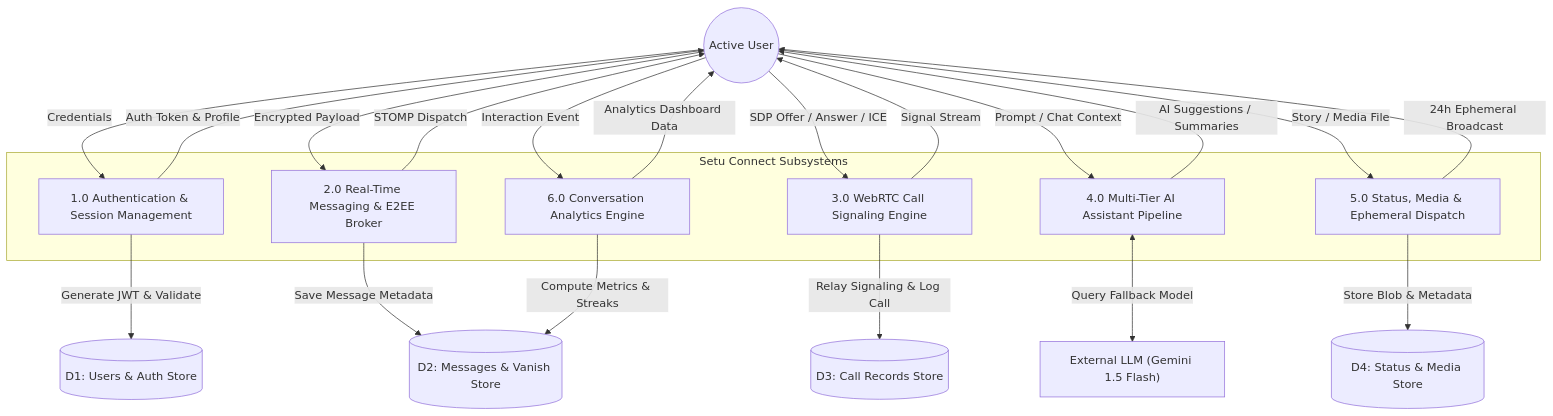
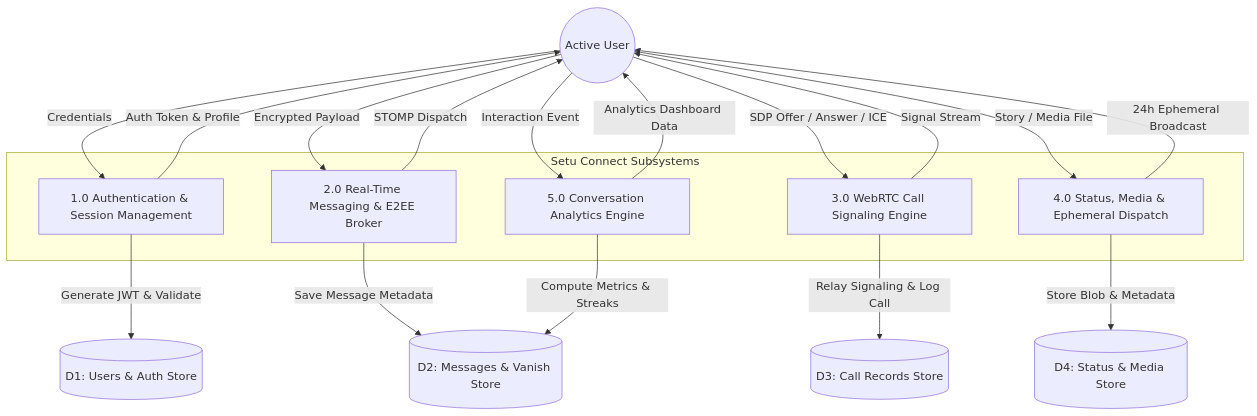
One commit to neeteshdixit/Internship-project changed the third of 8 diagrams in realtime-chat-app/system_design_and_model_submission.md. Above: the diagram before and after it, drawn with Mermaid. The commit also changed other lines of this file and 8 other files, not shown here.

````diff
--- a/realtime-chat-app/system_design_and_model_submission.md
+++ b/realtime-chat-app/system_design_and_model_submission.md
@@ -140,43 +124,37 @@
 ```mermaid
 flowchart TD
     User((Active User))
 
     subgraph DFD_Level1 ["Setu Connect Subsystems"]
         P1["1.0 Authentication & Session Management"]
         P2["2.0 Real-Time Messaging & E2EE Broker"]
         P3["3.0 WebRTC Call Signaling Engine"]
-        P4["4.0 Multi-Tier AI Assistant Pipeline"]
-        P5["5.0 Status, Media & Ephemeral Dispatch"]
-        P6["6.0 Conversation Analytics Engine"]
+        P4["4.0 Status, Media & Ephemeral Dispatch"]
+        P5["5.0 Conversation Analytics Engine"]
     end
 
     D1[("D1: Users & Auth Store")]
     D2[("D2: Messages & Vanish Store")]
     D3[("D3: Call Records Store")]
     D4[("D4: Status & Media Store")]
-    ExternalAI["External LLM (Gemini 1.5 Flash)"]
 
     User -->|Credentials| P1
     P1 -->|Generate JWT & Validate| D1
     P1 -->|Auth Token & Profile| User
 
     User -->|Encrypted Payload| P2
     P2 -->|Save Message Metadata| D2
     P2 -->|STOMP Dispatch| User
 
     User -->|SDP Offer / Answer / ICE| P3
     P3 -->|Relay Signaling & Log Call| D3
     P3 -->|Signal Stream| User
 
-    User -->|Prompt / Chat Context| P4
-    P4 <-->|Query Fallback Model| ExternalAI
-    P4 -->|AI Suggestions / Summaries| User
+    User -->|Story / Media File| P4
+    P4 -->|Store Blob & Metadata| D4
+    P4 -->|24h Ephemeral Broadcast| User
 
-    User -->|Story / Media File| P5
-    P5 -->|Store Blob & Metadata| D4
-    P5 -->|24h Ephemeral Broadcast| User
-
-    User -->|Interaction Event| P6
-    P6 -->|Compute Metrics & Streaks| D2
-    P6 -->|Analytics Dashboard Data| User
+    User -->|Interaction Event| P5
+    P5 -->|Compute Metrics & Streaks| D2
+    P5 -->|Analytics Dashboard Data| User
 ```
````
